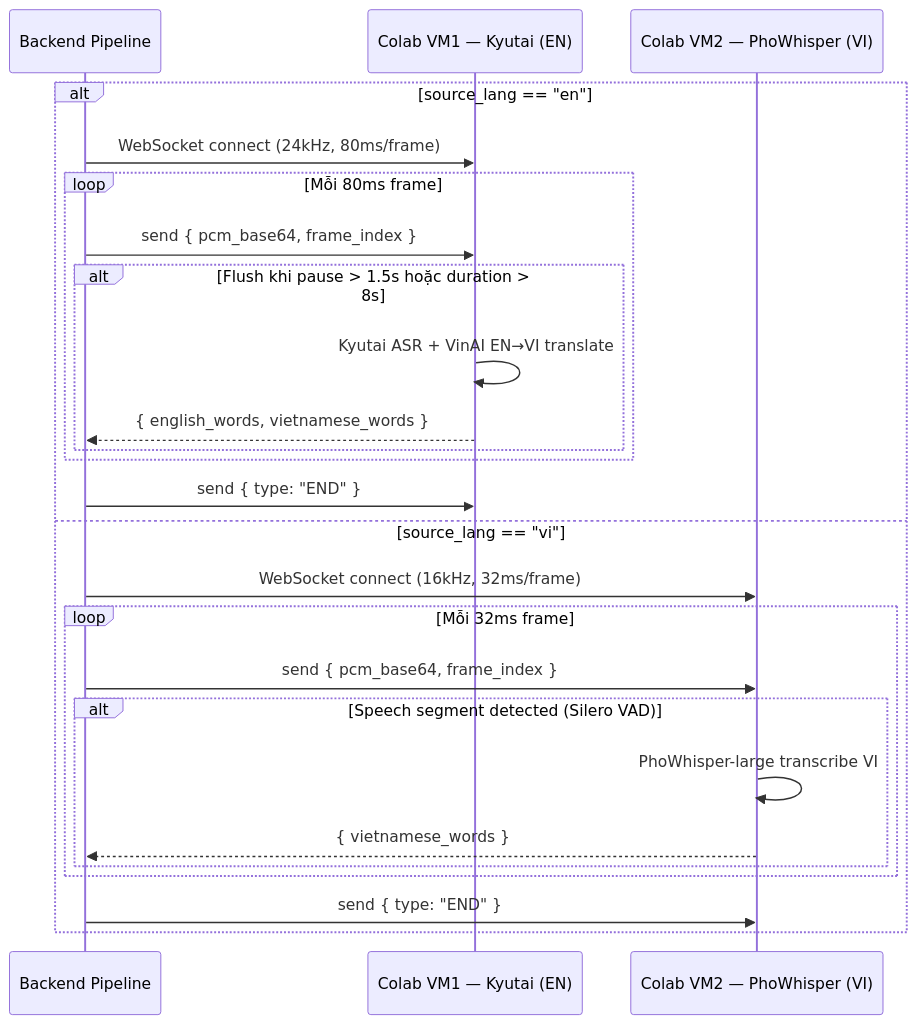
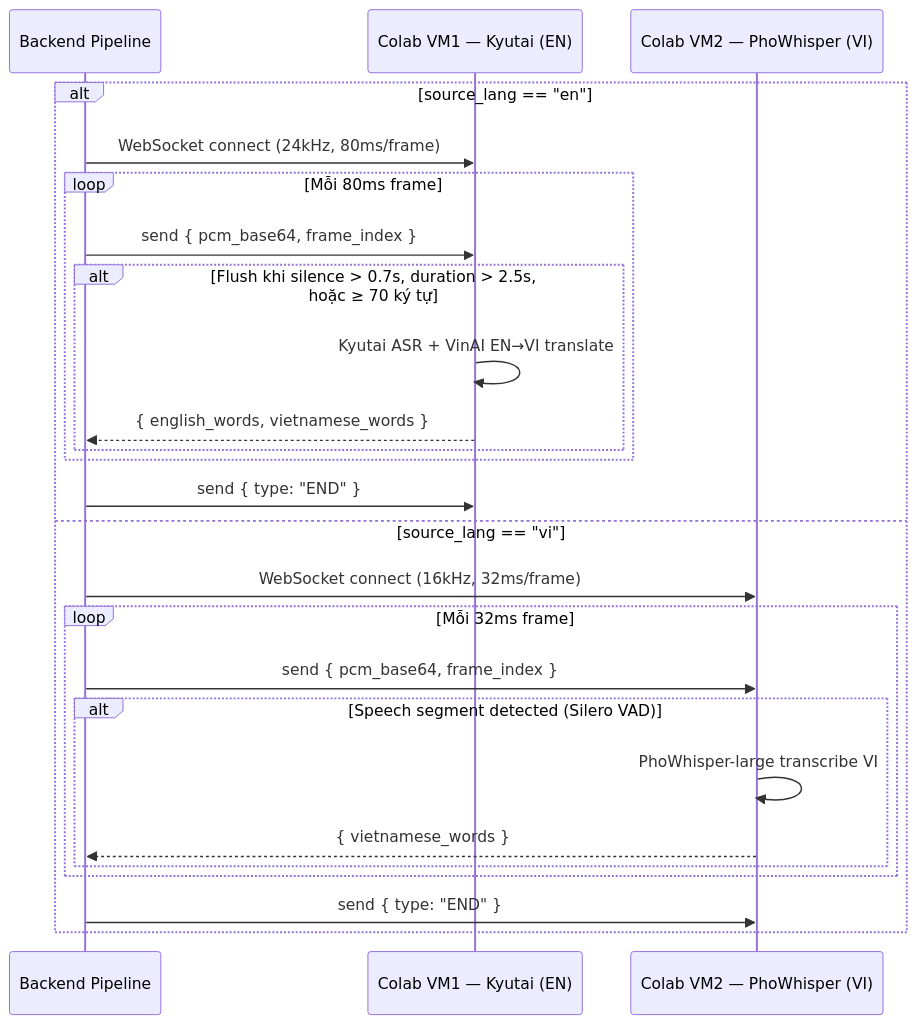
Before and after one commit to SonDinh1129/subtitle-project: the ninth of 23 diagrams in docs/system-flows.md, drawn with Mermaid. The commit also changed other lines of this file and 3 other files, not shown here.

````diff
--- a/docs/system-flows.md
+++ b/docs/system-flows.md
@@ -317,28 +321,28 @@
 ```mermaid
 sequenceDiagram
     participant Pipeline as Backend Pipeline
     participant VM1 as Colab VM1 — Kyutai (EN)
     participant VM2 as Colab VM2 — PhoWhisper (VI)
 
     alt source_lang == "en"
         Pipeline->>VM1: WebSocket connect (24kHz, 80ms/frame)
         loop Mỗi 80ms frame
             Pipeline->>VM1: send { pcm_base64, frame_index }
-            alt Flush khi pause > 1.5s hoặc duration > 8s
+            alt Flush khi silence > 0.7s, duration > 2.5s, hoặc ≥ 70 ký tự
                 VM1->>VM1: Kyutai ASR + VinAI EN→VI translate
                 VM1-->>Pipeline: { english_words, vietnamese_words }
             end
         end
         Pipeline->>VM1: send { type: "END" }
     else source_lang == "vi"
         Pipeline->>VM2: WebSocket connect (16kHz, 32ms/frame)
         loop Mỗi 32ms frame
             Pipeline->>VM2: send { pcm_base64, frame_index }
             alt Speech segment detected (Silero VAD)
                 VM2->>VM2: PhoWhisper-large transcribe VI
                 VM2-->>Pipeline: { vietnamese_words }
             end
         end
         Pipeline->>VM2: send { type: "END" }
     end
 ```
````
